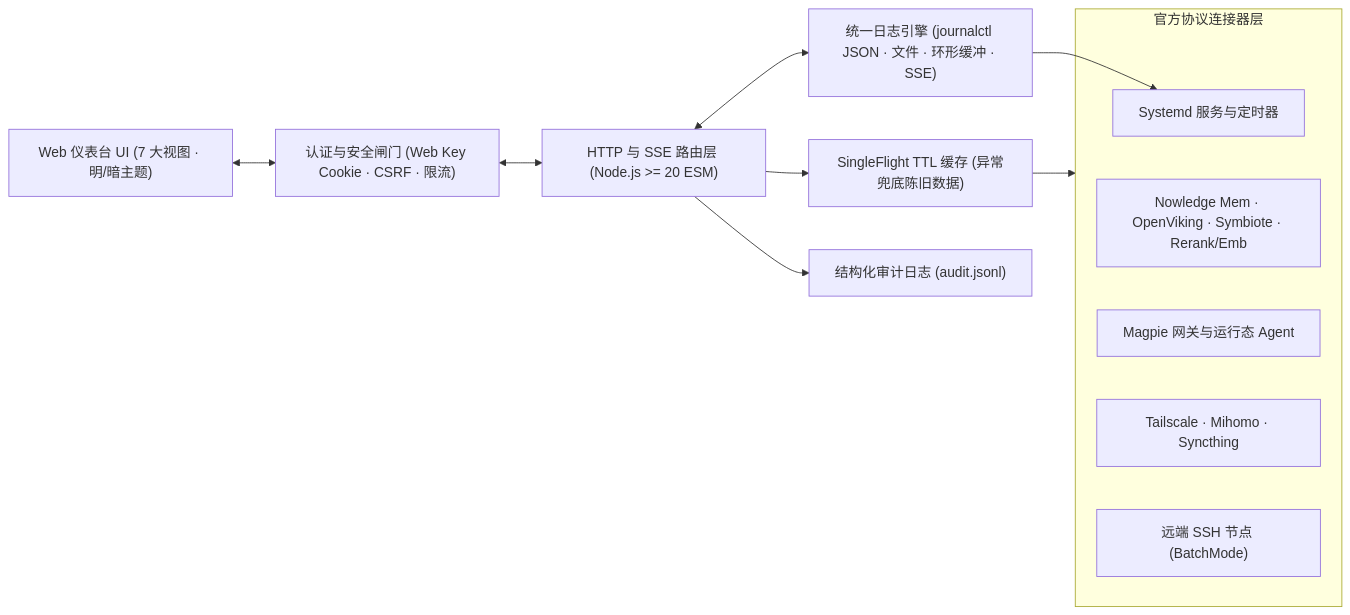
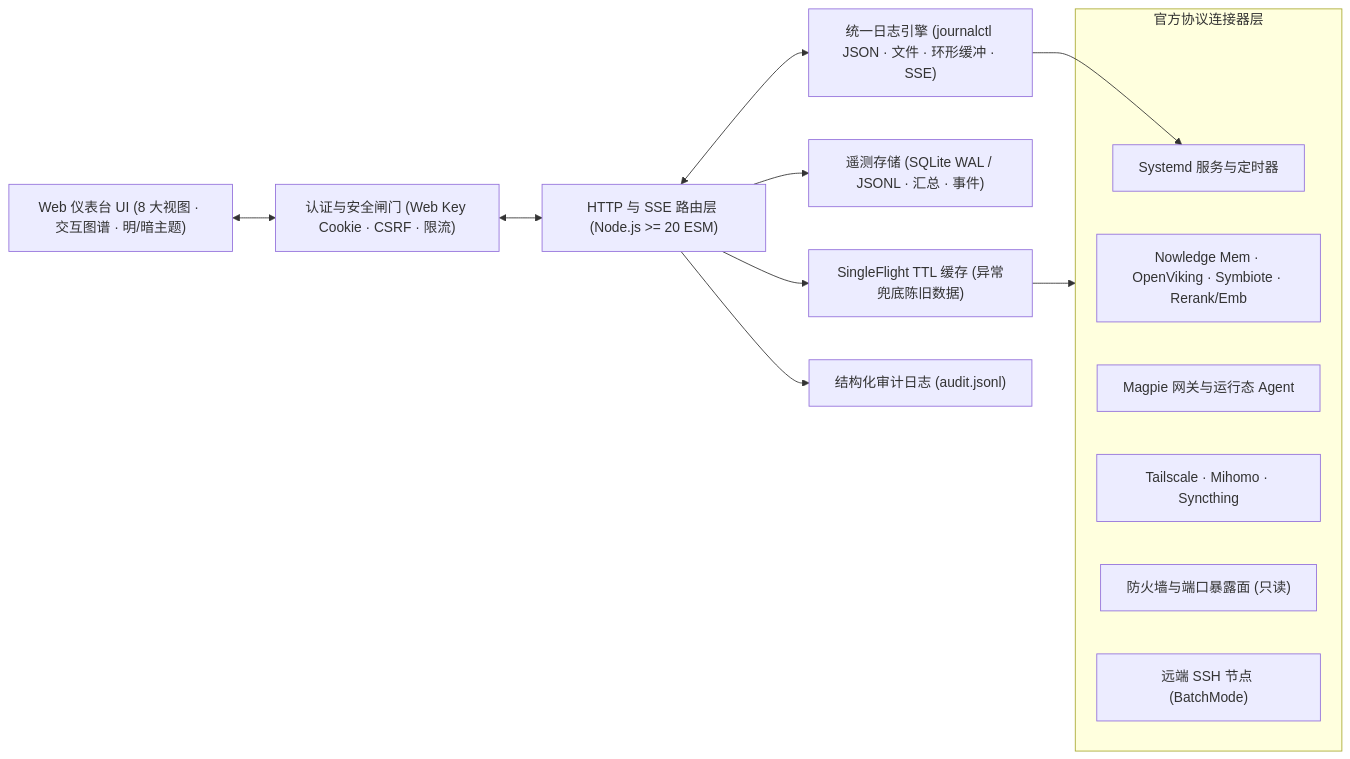
Before and after one commit to veritaswiki/ops-console: the diagram in README.zh-CN.md, drawn with Mermaid. The commit also changed other lines of this file and 45 other files, not shown here.

Commit message:
feat: release ops-console v0.3.0 SemVer alignment, hardening, persistence, firewall & architecture graphs

````diff
--- a/README.zh-CN.md
+++ b/README.zh-CN.md
@@ -19,25 +19,28 @@
 ```mermaid
 flowchart LR
-  Browser["Web 仪表台 UI (7 大视图 · 明/暗主题)"]
+  Browser["Web 仪表台 UI (8 大视图 · 交互图谱 · 明/暗主题)"]
   Auth["认证与安全闸门 (Web Key Cookie · CSRF · 限流)"]
   API["HTTP 与 SSE 路由层 (Node.js >= 20 ESM)"]
   Cache["SingleFlight TTL 缓存 (异常兜底陈旧数据)"]
+  Store["遥测存储 (SQLite WAL / JSONL · 汇总 · 事件)"]
   Logs["统一日志引擎 (journalctl JSON · 文件 · 环形缓冲 · SSE)"]
   Audit["结构化审计日志 (audit.jsonl)"]
 
   subgraph Connectors["官方协议连接器层"]
     Sys["Systemd 服务与定时器"]
     Mem["Nowledge Mem · OpenViking · Symbiote · Rerank/Emb"]
     Gw["Magpie 网关与运行态 Agent"]
     Net["Tailscale · Mihomo · Syncthing"]
+    Fw["防火墙与端口暴露面 (只读)"]
     SSH["远端 SSH 节点 (BatchMode)"]
   end
 
   Browser <--> Auth
   Auth <--> API
   API --> Cache
+  API --> Store
   Cache --> Connectors
   API <--> Logs
   API --> Audit
   Logs --> Sys
 ```
````
